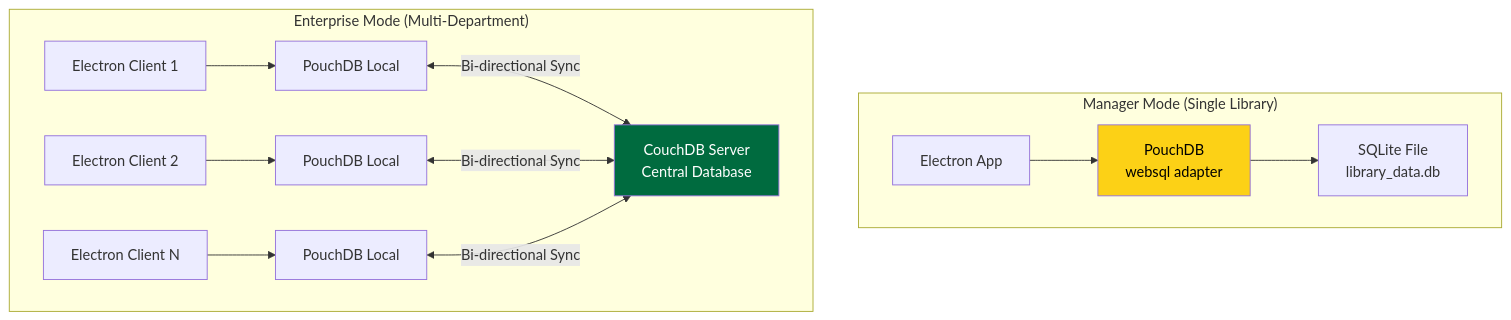
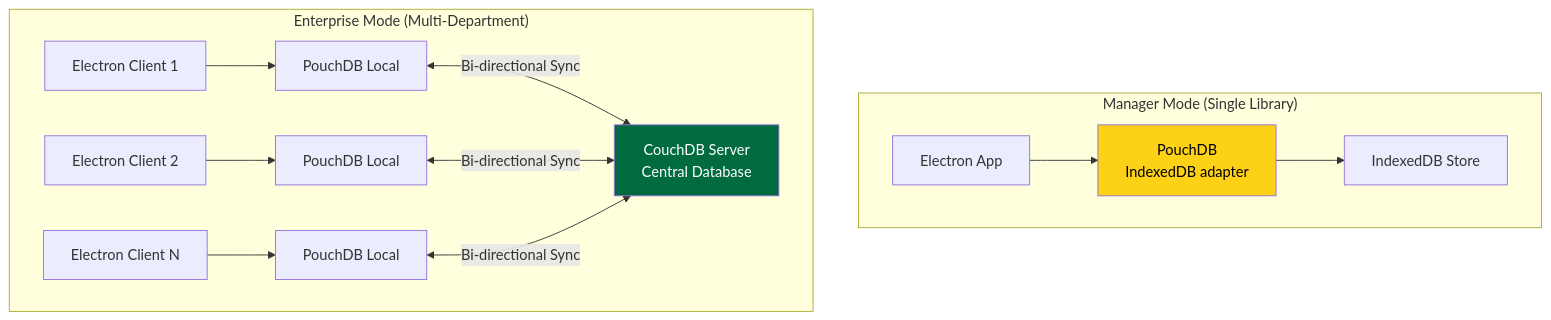
The first of 5 diagrams in docs/ressources/db_engineering.md (noobix/alpha-rabbit-lms), drawn with Mermaid before and after one commit. The commit also changed other lines of this file and 7 other files, not shown here.

````diff
--- a/docs/ressources/db_engineering.md
+++ b/docs/ressources/db_engineering.md
@@ -16,19 +16,19 @@
 ```mermaid
 graph TB
     subgraph "Manager Mode (Single Library)"
-        A[Electron App] --> B[PouchDB<br/>websql adapter]
-        B --> C[SQLite File<br/>library_data.db]
+        A[Electron App] --> B[PouchDB<br/>IndexedDB adapter]
+        B --> C[IndexedDB Store]
     end
 
     subgraph "Enterprise Mode (Multi-Department)"
         D[Electron Client 1] --> E[PouchDB Local]
         F[Electron Client 2] --> G[PouchDB Local]
         H[Electron Client N] --> I[PouchDB Local]
         E <-->|Bi-directional Sync| J[CouchDB Server<br/>Central Database]
         G <-->|Bi-directional Sync| J
         I <-->|Bi-directional Sync| J
     end
 
     style J fill:#006B3F,color:#fff
     style B fill:#FCD116,color:#000
 ```
````
